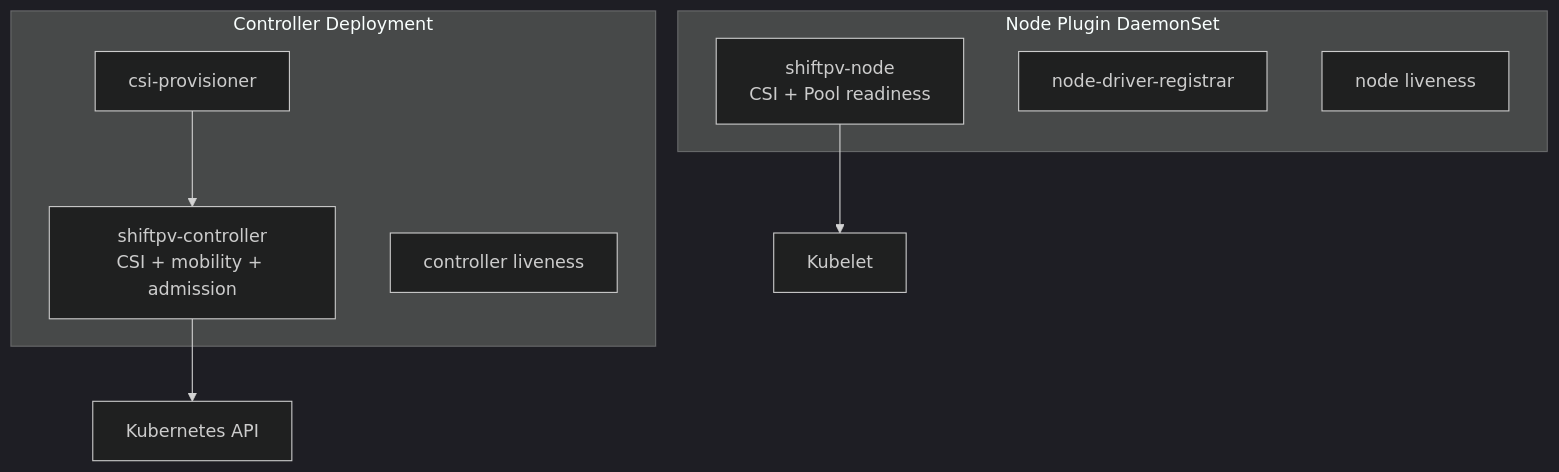
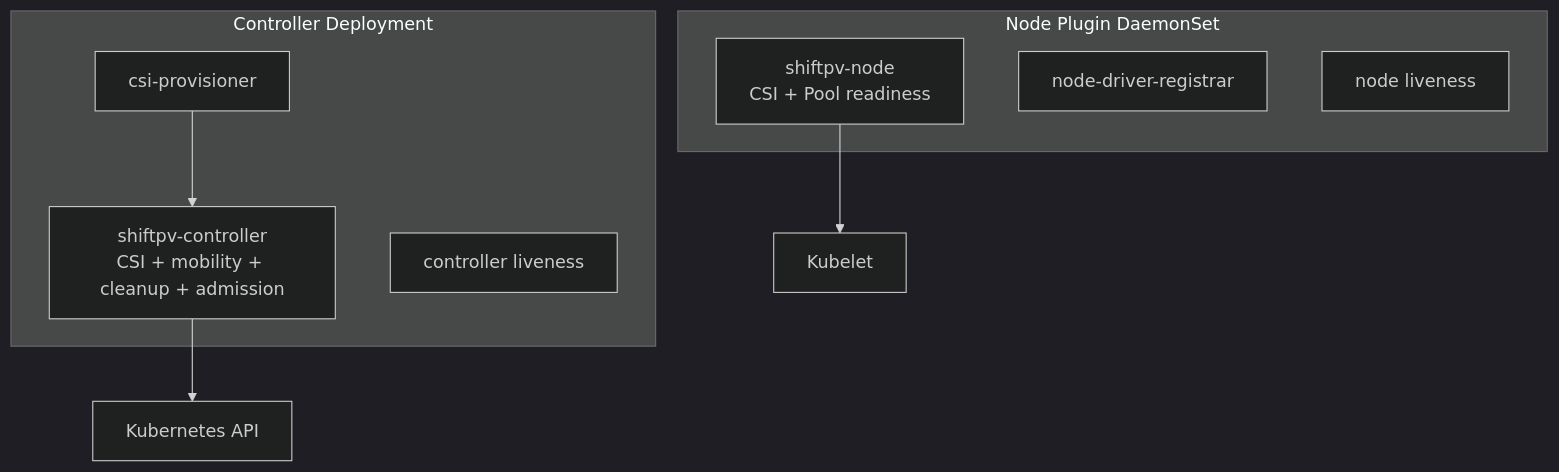
One commit to cagojeiger/ShiftPV changed the first of 3 diagrams in docs/spec/csi-driver.md. Above: the diagram before and after it, drawn with Mermaid (dark theme). The commit also changed other lines of this file and 166 other files, not shown here.

````diff
--- a/docs/spec/csi-driver.md
+++ b/docs/spec/csi-driver.md
@@ -7,16 +7,16 @@
 ```mermaid
 flowchart TB
     subgraph Controller Deployment
-        C[shiftpv-controller<br/>CSI + mobility + admission]
+        C[shiftpv-controller<br/>CSI + mobility + cleanup + admission]
         P[csi-provisioner]
         CL[controller liveness]
     end
     subgraph Node Plugin DaemonSet
         N[shiftpv-node<br/>CSI + Pool readiness]
         R[node-driver-registrar]
         NL[node liveness]
     end
     P --> C
     C --> API[Kubernetes API]
     N --> K[Kubelet]
 ```
````
